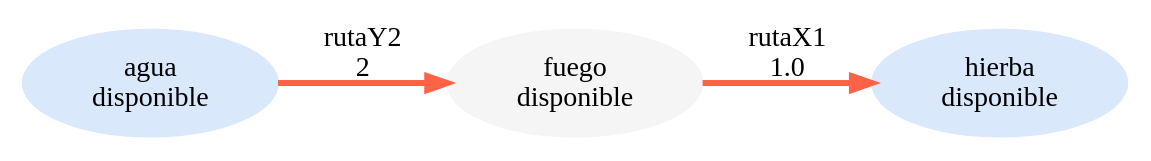
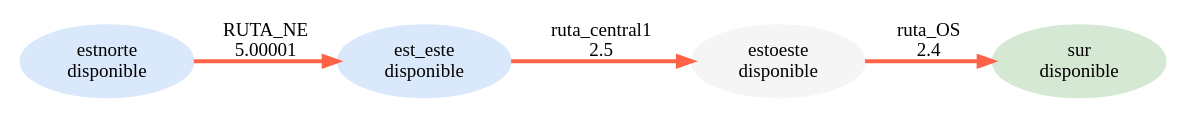
The diagram in MapTracing/CaminoSeleccionado.gv (GAQF202/MapTracing), drawn with Graphviz before and after one commit. The commit also changed 31 other files, not shown here.

```diff
--- a/MapTracing/CaminoSeleccionado.gv
+++ b/MapTracing/CaminoSeleccionado.gv
@@ -1,22 +1,24 @@
 digraph finite_state_machine {
 	rankdir=LR size="8,5"
 	node [color="#dae8fc" shape=ellipse style=filled]
-	"agua
-disponible"
+	estnorte [label="estnorte
+disponible"]
+	node [color="#dae8fc" shape=ellipse style=filled]
+	est_este [label="est_este
+disponible"]
 	node [color="#f5f5f5" shape=ellipse style=filled]
-	"fuego
-disponible"
-	node [color="#dae8fc" shape=ellipse style=filled]
-	"hierba
-disponible"
+	estoeste [label="estoeste
+disponible"]
+	node [color="#d5e8d4" shape=ellipse style=filled]
+	sur [label="sur
+disponible"]
 	edge [color="#FF6347" penwidth=3]
-	"fuego
-disponible" -> "hierba
-disponible" [label="rutaX1
-1.0"]
+	est_este -> estoeste [label="ruta_central1
+2.5"]
 	edge [color="#FF6347" penwidth=3]
-	"agua
-disponible" -> "fuego
-disponible" [label="rutaY2
-2"]
+	estnorte -> est_este [label="RUTA_NE
+5.00001"]
+	edge [color="#FF6347" penwidth=3]
+	estoeste -> sur [label="ruta_OS
+2.4"]
 }
```
